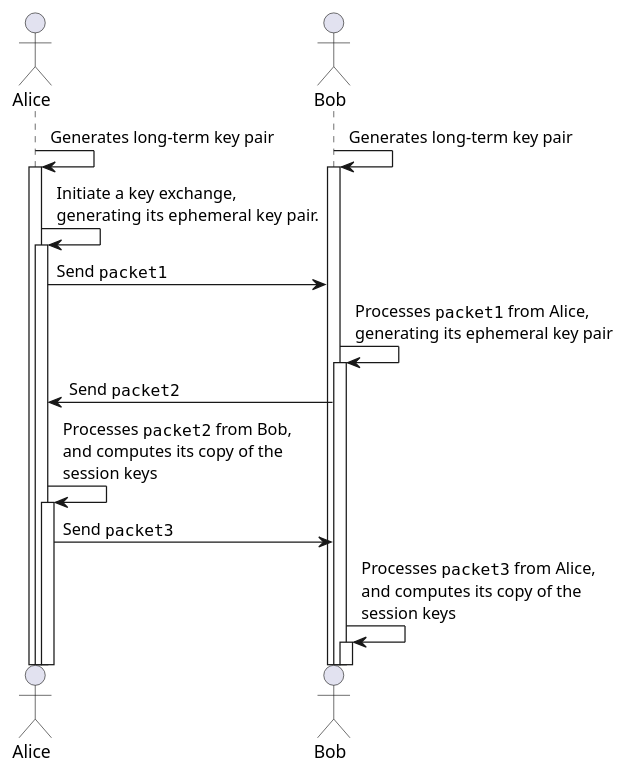
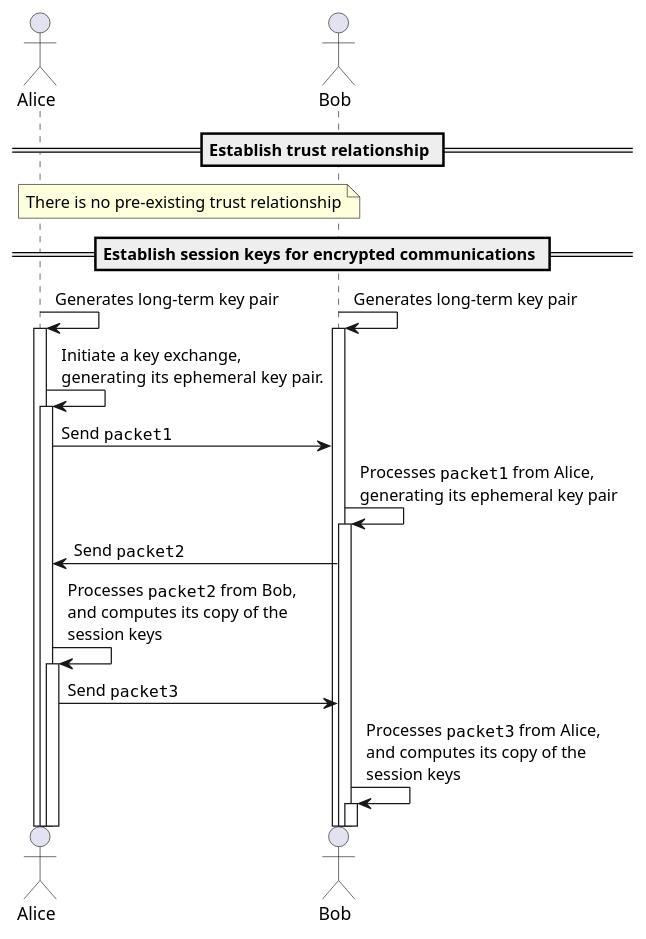
One commit to ConfiguredThings/libhydrogen-wasm changed the diagram in src/documentation/puml/crypt/kx_xx.puml. Above: the diagram before and after it, drawn with PlantUML. The commit also changed 5 other files, not shown here.

```diff
--- a/src/documentation/puml/crypt/kx_xx.puml
+++ b/src/documentation/puml/crypt/kx_xx.puml
@@ -1,20 +1,23 @@
 @startuml
 !pragma teoz true
 actor Alice
 actor Bob
+== Establish trust relationship ==
+note across: There is no pre-existing trust relationship
+== Establish session keys for encrypted communications ==
 Alice -> Alice: Generates long-term key pair
 activate Alice
 & Bob -> Bob: Generates long-term key pair
 activate Bob
 Alice -> Alice: Initiate a key exchange,\ngenerating its ephemeral key pair.
 activate Alice
 Alice -> Bob: Send ""packet1""
 Bob -> Bob: Processes ""packet1"" from Alice,\ngenerating its ephemeral key pair
 activate Bob
 Bob -> Alice: Send ""packet2""
 Alice -> Alice: Processes ""packet2"" from Bob,\nand computes its copy of the\nsession keys
 activate Alice
 Alice -> Bob: Send ""packet3""
 Bob -> Bob: Processes ""packet3"" from Alice,\nand computes its copy of the\nsession keys
 activate Bob
 @enduml
```
